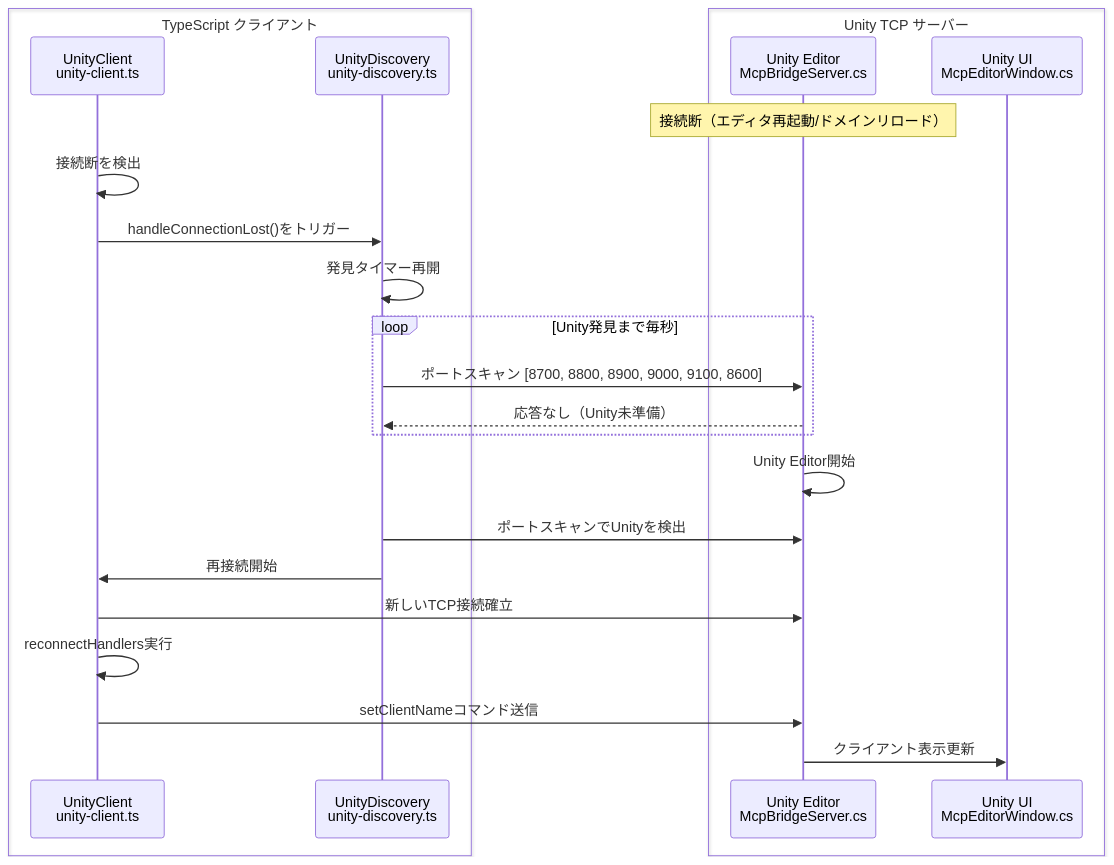
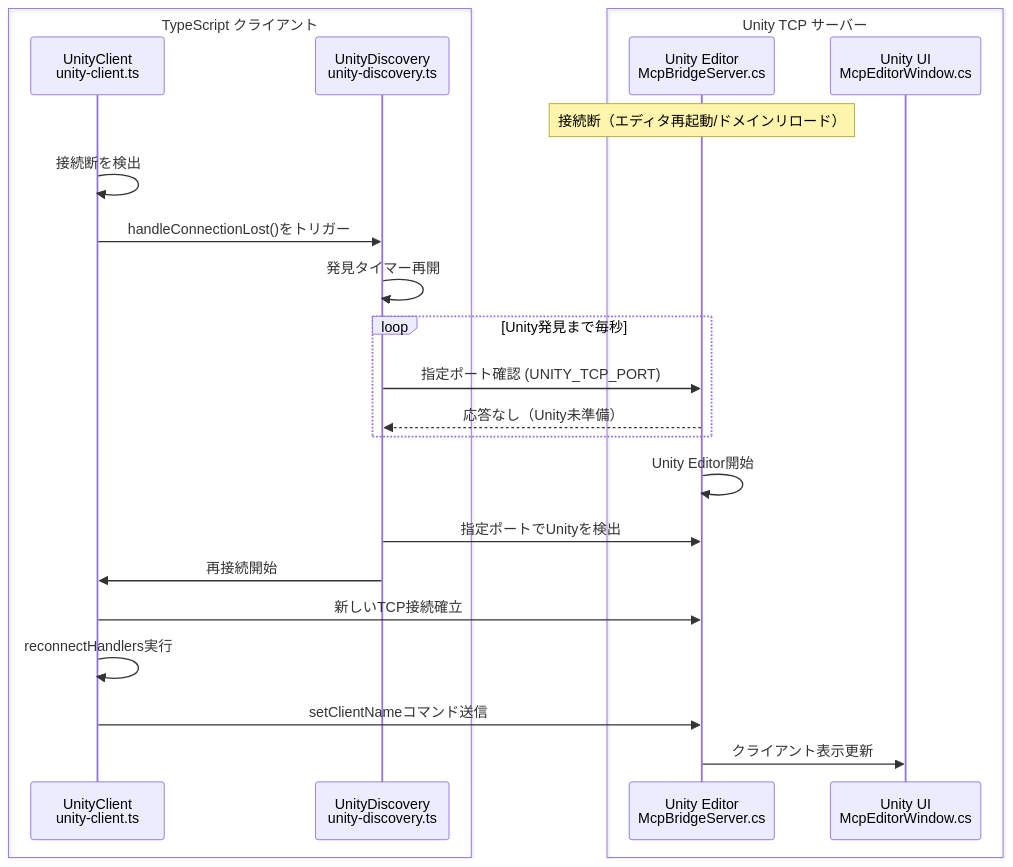
One commit to hatayama/uLoopMCP changed the seventh of 16 diagrams in Packages/src/ARCHITECTURE_ja.md. Above: the diagram before and after it, drawn with Mermaid. The commit also changed other lines of this file and 3 other files, not shown here.

First line of the commit message:
refactor: optimize Unity discovery to use single specified port

````diff
--- a/Packages/src/ARCHITECTURE_ja.md
+++ b/Packages/src/ARCHITECTURE_ja.md
@@ -510,30 +510,30 @@
 ```mermaid
 sequenceDiagram
     box TypeScript クライアント
     participant UC as UnityClient<br/>unity-client.ts
     participant UD as UnityDiscovery<br/>unity-discovery.ts
     end
     
     box Unity TCP サーバー
     participant Unity as Unity Editor<br/>McpBridgeServer.cs
     participant UI as Unity UI<br/>McpEditorWindow.cs
     end
     
     Note over Unity: 接続断（エディタ再起動/ドメインリロード）
     UC->>UC: 接続断を検出
     UC->>UD: handleConnectionLost()をトリガー
     UD->>UD: 発見タイマー再開
     
     loop Unity発見まで毎秒
-        UD->>Unity: ポートスキャン [8700, 8800, 8900, 9000, 9100, 8600]
+        UD->>Unity: 指定ポート確認 (UNITY_TCP_PORT)
         Unity-->>UD: 応答なし（Unity未準備）
     end
     
     Unity->>Unity: Unity Editor開始
-    UD->>Unity: ポートスキャンでUnityを検出
+    UD->>Unity: 指定ポートでUnityを検出
     UD->>UC: 再接続開始
     UC->>Unity: 新しいTCP接続確立
     UC->>UC: reconnectHandlers実行
     UC->>Unity: setClientNameコマンド送信
     Unity->>UI: クライアント表示更新
 ```
````
